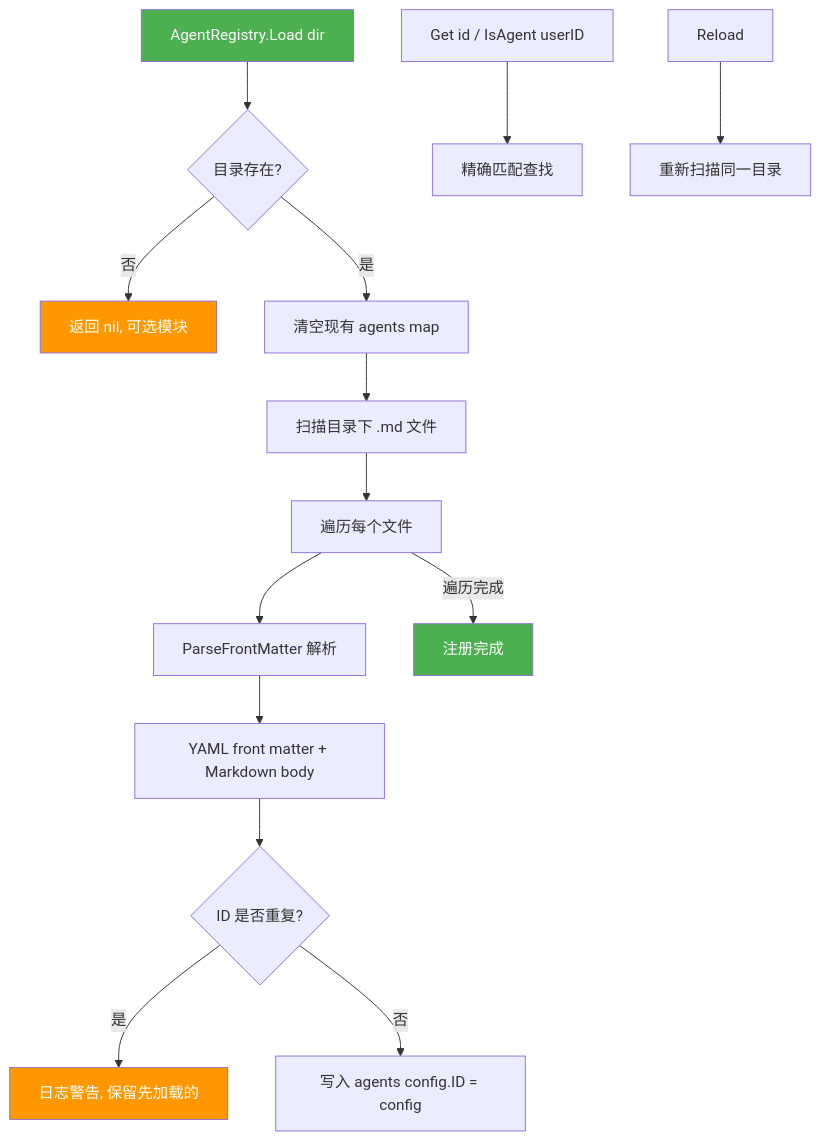
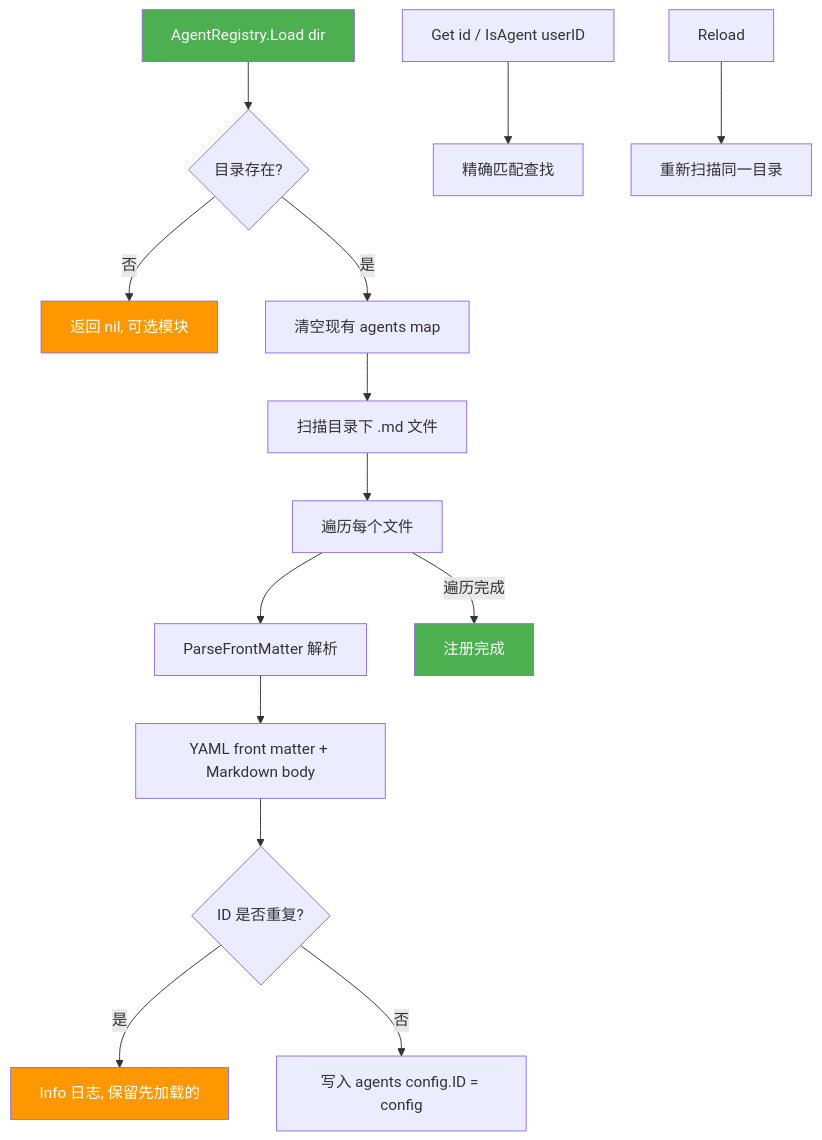
One commit to PineappleBond/xyncra-server changed the seventh of 12 diagrams in wiki/flows/agent.md. Above: the diagram before and after it, drawn with Mermaid. The commit also changed other lines of this file and 3 other files, not shown here.

Commit message:
docs(wiki): accuracy improvements across flow documents

````diff
--- a/wiki/flows/agent.md
+++ b/wiki/flows/agent.md
@@ -381,25 +381,25 @@
 ```mermaid
 flowchart TD
     A[AgentRegistry.Load dir] --> B{目录存在?}
     B -->|否| B1[返回 nil, 可选模块]
     B -->|是| C[清空现有 agents map]
     C --> D[扫描目录下 .md 文件]
     D --> E[遍历每个文件]
 
     E --> F[ParseFrontMatter 解析]
     F --> G[YAML front matter + Markdown body]
     G --> H{ID 是否重复?}
-    H -->|是| H1[日志警告, 保留先加载的]
+    H -->|是| H1[Info 日志, 保留先加载的]
     H -->|否| I[写入 agents config.ID = config]
 
     E -->|遍历完成| J[注册完成]
 
     K[Get id / IsAgent userID] --> L[精确匹配查找]
 
     M[Reload] --> N[重新扫描同一目录]
 
     style A fill:#4CAF50,color:#fff
     style B1 fill:#FF9800,color:#fff
     style H1 fill:#FF9800,color:#fff
     style J fill:#4CAF50,color:#fff
 ```
````
